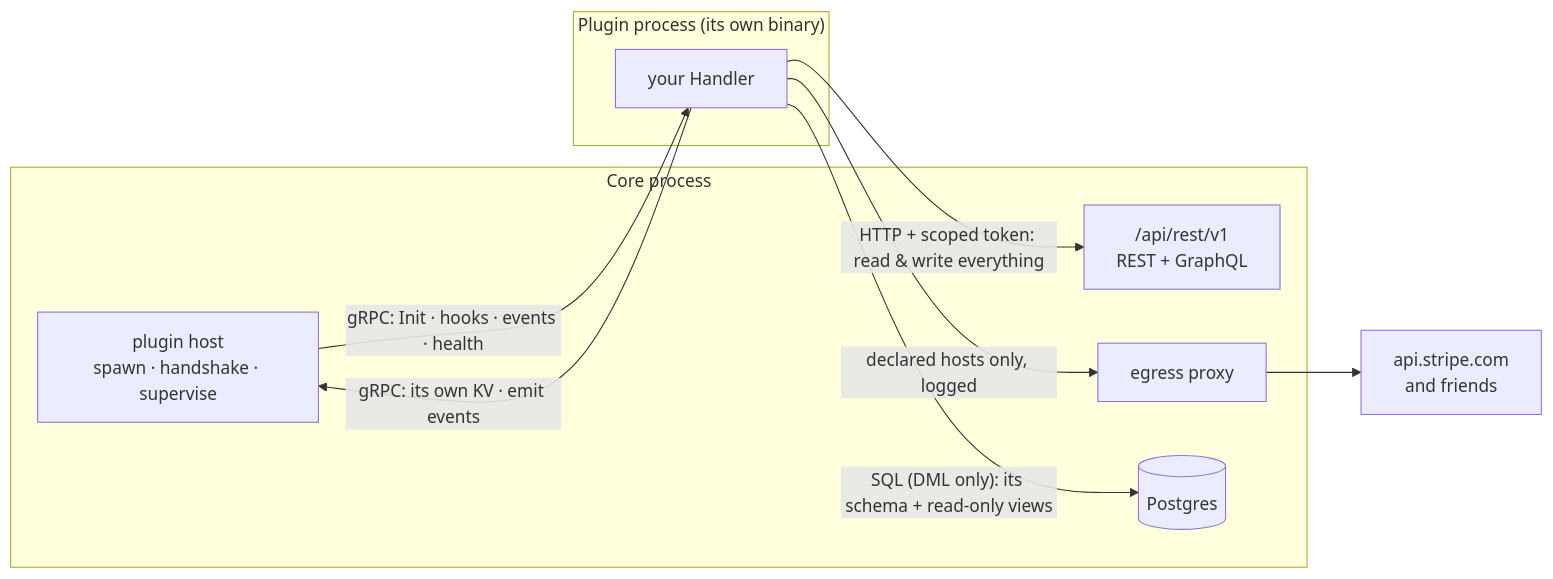
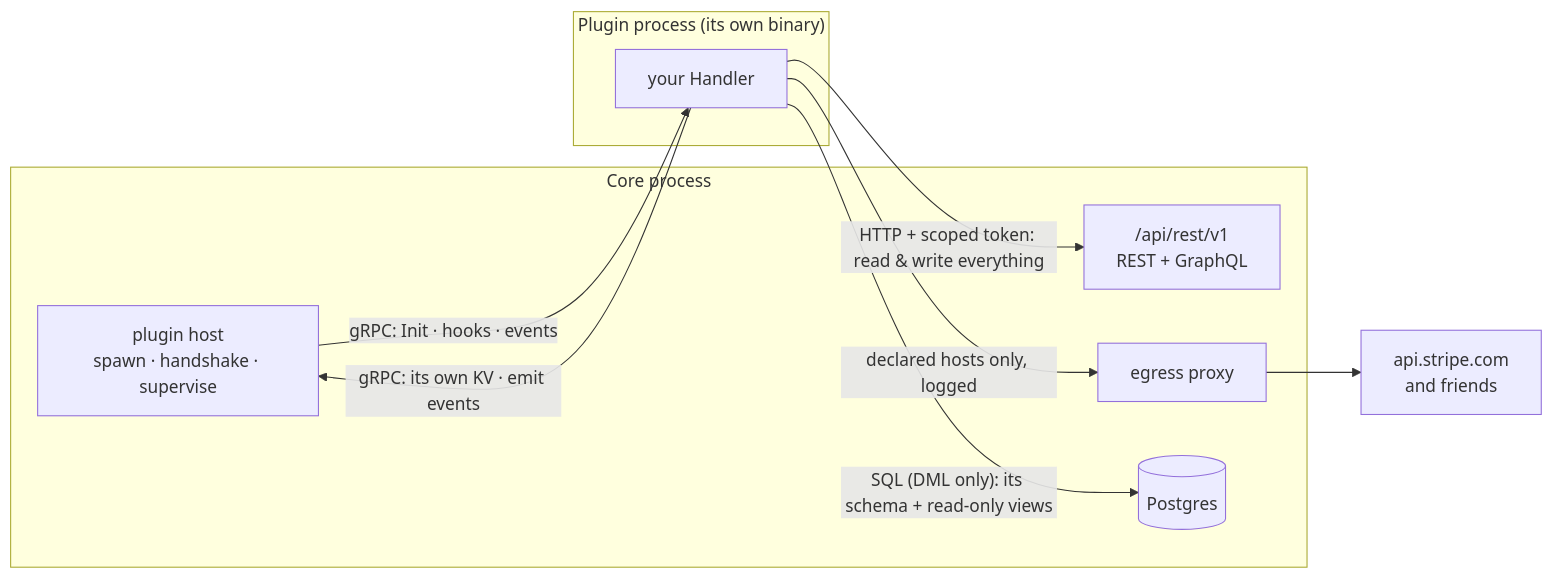
One commit to nilda-dev/plugin-sdk changed the diagram in docs/PLUGIN_SDK.md. Above: the diagram before and after it, drawn with Mermaid. The commit also changed other lines of this file and 31 other files, not shown here.

````diff
--- a/docs/PLUGIN_SDK.md
+++ b/docs/PLUGIN_SDK.md
@@ -26,20 +26,20 @@
 ```mermaid
 flowchart LR
     subgraph core["Core process"]
         H["plugin host<br/>spawn · handshake · supervise"]
         API["/api/rest/v1<br/>REST + GraphQL"]
         EG["egress proxy"]
         PG[("Postgres")]
     end
     subgraph plug["Plugin process (its own binary)"]
         P["your Handler"]
     end
     EXT["api.stripe.com<br/>and friends"]
 
-    H -- "gRPC: Init · hooks · events · health" --> P
+    H -- "gRPC: Init · hooks · events" --> P
     P -- "HTTP + scoped token: read & write everything" --> API
     P -- "gRPC: its own KV · emit events" --> H
     P -- "SQL (DML only): its schema + read-only views" --> PG
     P -- "declared hosts only, logged" --> EG
     EG --> EXT
 ```
````
